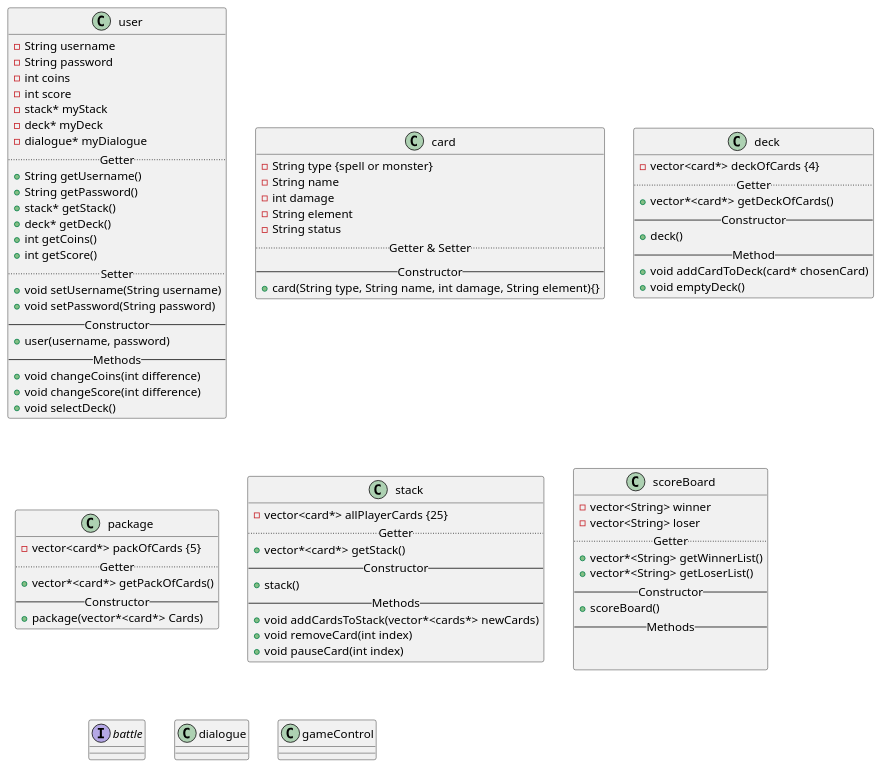
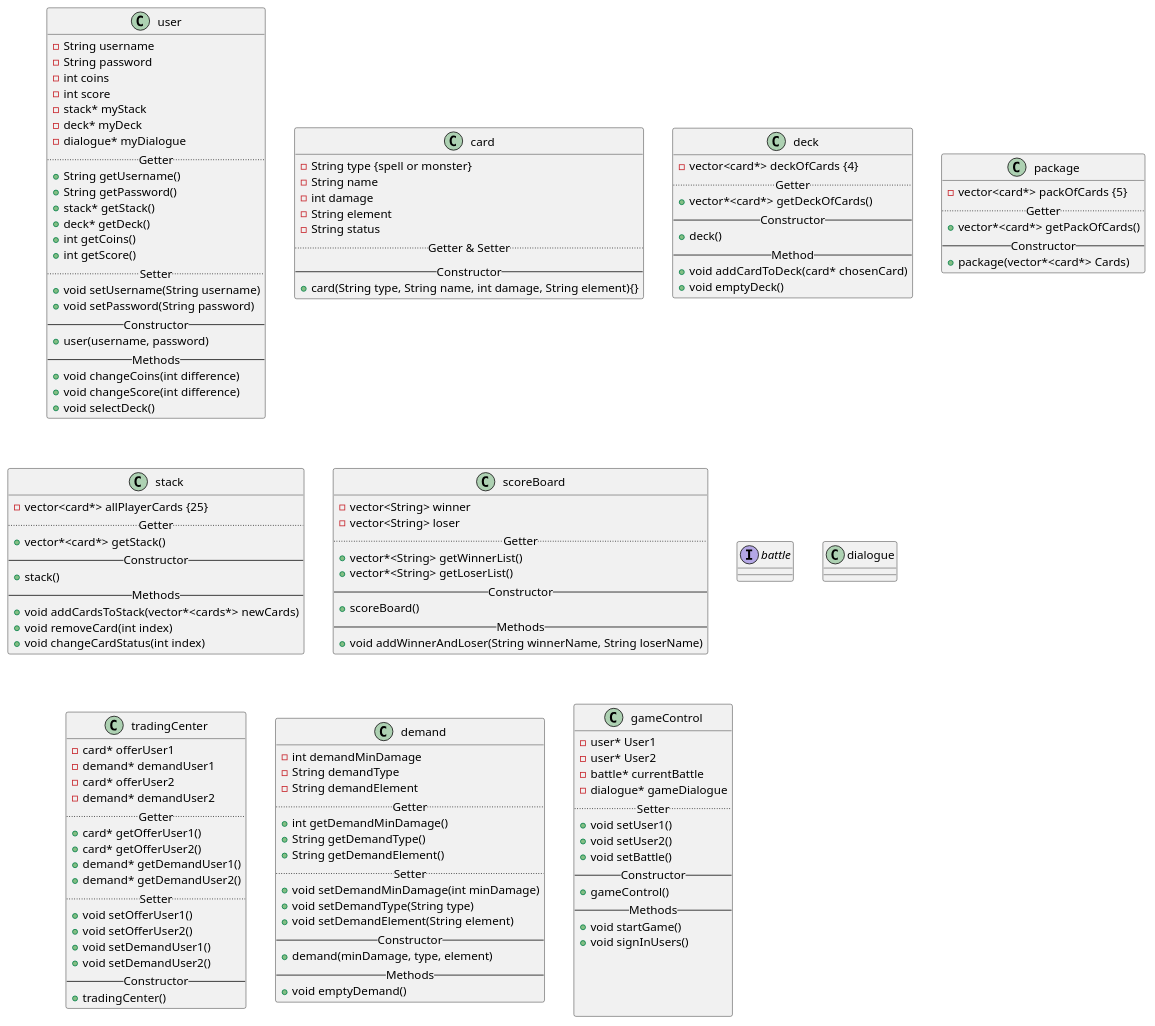
One commit to marlis-t/MonsterTradingCardGame changed the diagram in Monster-Trading-Card-Game/classdiagram.puml. Above: the diagram before and after it, drawn with PlantUML. The commit also changed 1 other file, not shown here.

Commit message:
empty project

```diff
--- a/Monster-Trading-Card-Game/classdiagram.puml
+++ b/Monster-Trading-Card-Game/classdiagram.puml
@@ -1,104 +1,157 @@
 @startuml
 class user{
     -String username
     -String password
     -int coins
     -int score
     -stack* myStack
     -deck* myDeck
     -dialogue* myDialogue
     ..Getter..
     +String getUsername()
     +String getPassword()
     +stack* getStack()
     +deck* getDeck()
     +int getCoins()
     +int getScore()
     ..Setter..
     +void setUsername(String username)
     +void setPassword(String password)
     --Constructor--
     +user(username, password)
     --Methods--
     +void changeCoins(int difference)
     +void changeScore(int difference)
     +void selectDeck()
 }
 
 class card{
     -String type {spell or monster}
     -String name
     -int damage
     -String element
     -String status
     ..Getter & Setter..
     --Constructor--
   +card(String type, String name, int damage, String element){}
 }
 
 class deck{
     -vector<card*> deckOfCards {4}
     ..Getter..
     +vector*<card*> getDeckOfCards()
     --Constructor--
     +deck()
     --Method--
     +void addCardToDeck(card* chosenCard)
     +void emptyDeck()
 }
 
 class package{
     -vector<card*> packOfCards {5}
     ..Getter..
     +vector*<card*> getPackOfCards()
     --Constructor--
     +package(vector*<card*> Cards)
 }
 
 class stack{
     -vector<card*> allPlayerCards {25}
     ..Getter..
     +vector*<card*> getStack()
     --Constructor--
     +stack()
     --Methods--
     +void addCardsToStack(vector*<cards*> newCards)
     +void removeCard(int index)
-    +void pauseCard(int index)
+    +void changeCardStatus(int index)
 }
 
 class scoreBoard{
     -vector<String> winner
     -vector<String> loser
     ..Getter..
     +vector*<String> getWinnerList()
     +vector*<String> getLoserList()
     --Constructor--
     +scoreBoard()
     --Methods--
-
-
+    +void addWinnerAndLoser(String winnerName, String loserName)
 }
 
 interface battle{
 
 }
 
 class dialogue{
 }
 
+class tradingCenter{
+    -card* offerUser1
+    -demand* demandUser1
+    -card* offerUser2
+    -demand* demandUser2
+    ..Getter..
+    +card* getOfferUser1()
+    +card* getOfferUser2()
+    +demand* getDemandUser1()
+    +demand* getDemandUser2()
+    ..Setter..
+    +void setOfferUser1()
+    +void setOfferUser2()
+    +void setDemandUser1()
+    +void setDemandUser2()
+    --Constructor--
+    +tradingCenter()
+}
+
+class demand{
+    -int demandMinDamage
+    -String demandType
+    -String demandElement
+    ..Getter..
+    +int getDemandMinDamage()
+    +String getDemandType()
+    +String getDemandElement()
+    ..Setter..
+    +void setDemandMinDamage(int minDamage)
+    +void setDemandType(String type)
+    +void setDemandElement(String element)
+    --Constructor--
+    +demand(minDamage, type, element)
+    --Methods--
+    +void emptyDemand()
+}
+
 class gameControl{
+ -user* User1
+ -user* User2
+ -battle* currentBattle
+ -dialogue* gameDialogue
+ ..Setter..
+ +void setUser1()
+ +void setUser2()
+ +void setBattle()
+ --Constructor--
+ +gameControl()
+ --Methods--
+ +void startGame()
+ +void signInUsers()
+
+
+
+
 }
 
 
 
 
 
 
 
 
 
 
 
 
 @enduml
```
